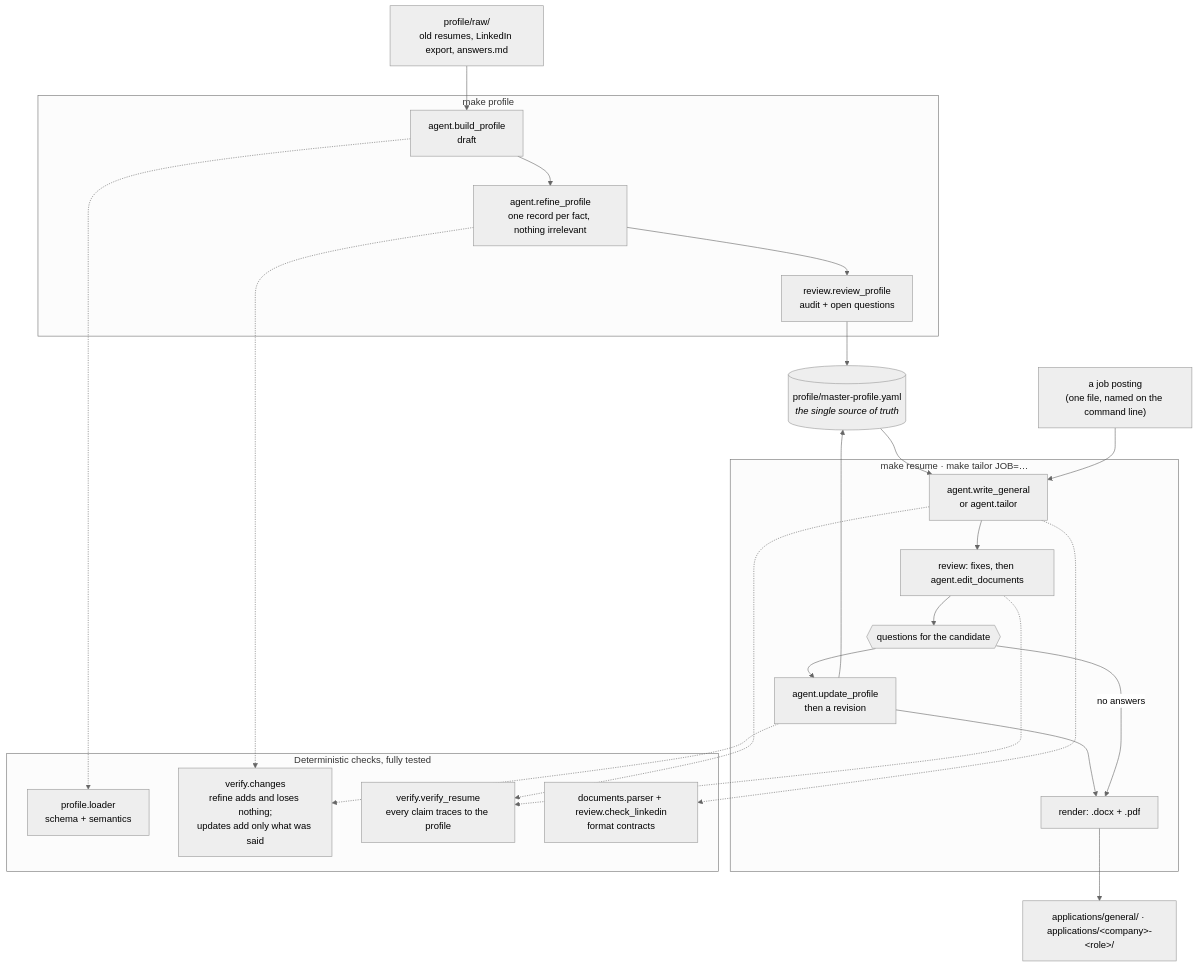
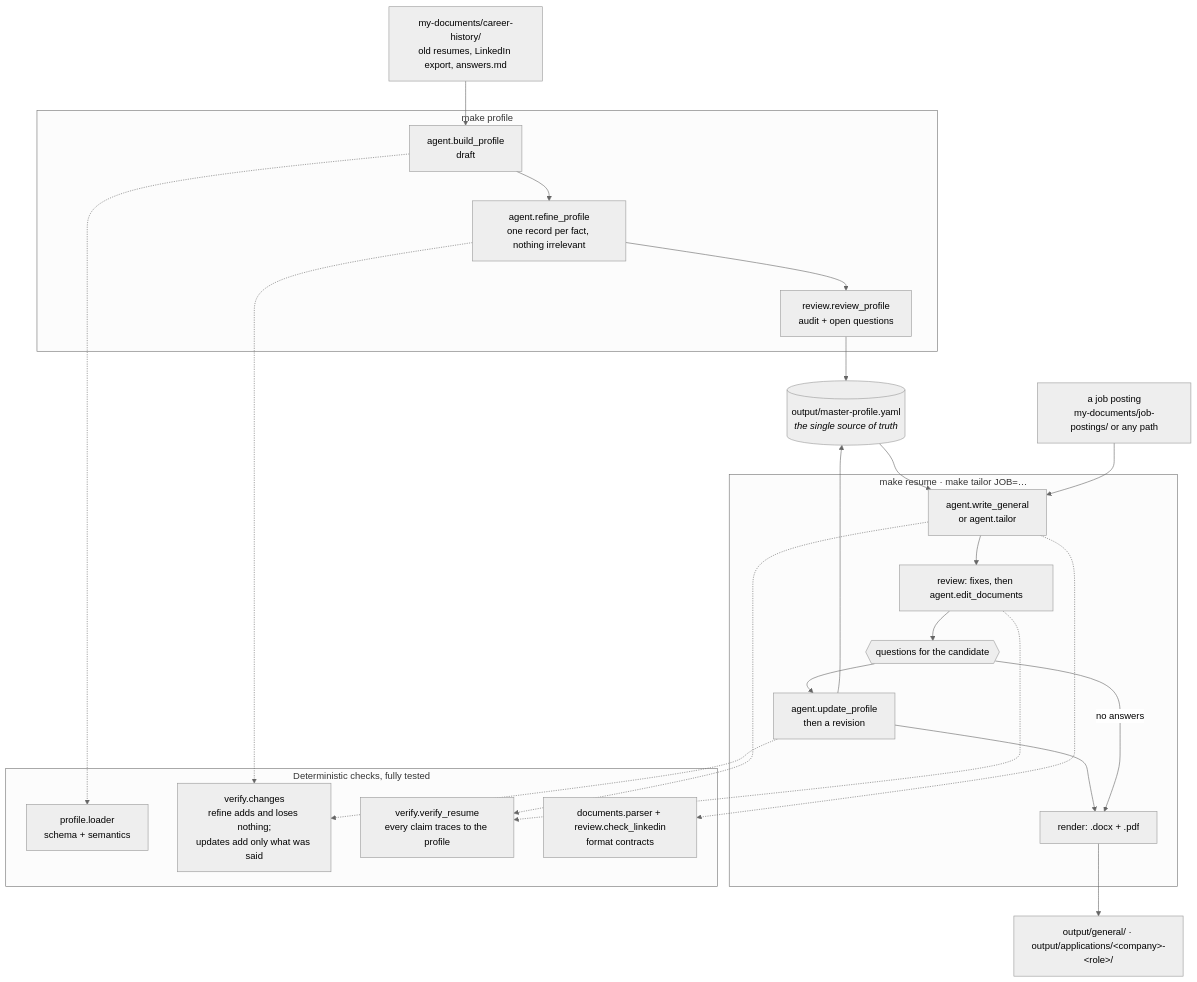
One commit to Joel-OConnor/Resume-Tailor changed the diagram in reference/ARCHITECTURE.md. Above: the diagram before and after it, drawn with Mermaid (neutral theme). The commit also changed other lines of this file and 76 other files, not shown here.

````diff
--- a/reference/ARCHITECTURE.md
+++ b/reference/ARCHITECTURE.md
@@ -7,42 +7,42 @@
 ```mermaid
 flowchart TB
-    raw["profile/raw/<br/>old resumes, LinkedIn export, answers.md"]
-    jd["a job posting<br/>(one file, named on the command line)"]
-    yaml[("profile/master-profile.yaml<br/><i>the single source of truth</i>")]
+    raw["my-documents/career-history/<br/>old resumes, LinkedIn export, answers.md"]
+    jd["a job posting<br/>my-documents/job-postings/ or any path"]
+    yaml[("output/master-profile.yaml<br/><i>the single source of truth</i>")]
 
     subgraph profile ["make profile"]
         draft["agent.build_profile<br/>draft"]
         refine["agent.refine_profile<br/>one record per fact, nothing irrelevant"]
         audit["review.review_profile<br/>audit + open questions"]
     end
 
     subgraph runs ["make resume · make tailor JOB=…"]
         write["agent.write_general<br/>or agent.tailor"]
         review["review: fixes, then agent.edit_documents"]
         ask{{"questions for the candidate"}}
         update["agent.update_profile<br/>then a revision"]
         export["render: .docx + .pdf"]
     end
 
     subgraph checks ["Deterministic checks, fully tested"]
         loader["profile.loader<br/>schema + semantics"]
         changes["verify.changes<br/>refine adds and loses nothing;<br/>updates add only what was said"]
         verify["verify.verify_resume<br/>every claim traces to the profile"]
         formats["documents.parser + review.check_linkedin<br/>format contracts"]
     end
 
     raw --> draft --> refine --> audit --> yaml
     yaml --> write
     jd --> write
     write --> review --> ask --> update --> export
     ask -- "no answers" --> export
     update --> yaml
-    export --> out["applications/general/ · applications/&lt;company&gt;-&lt;role&gt;/"]
+    export --> out["output/general/ · output/applications/&lt;company&gt;-&lt;role&gt;/"]
 
     draft -.-> loader
     refine -.-> changes
     update -.-> changes
     write -.-> verify
     review -.-> verify
     write -.-> formats
 ```
````
